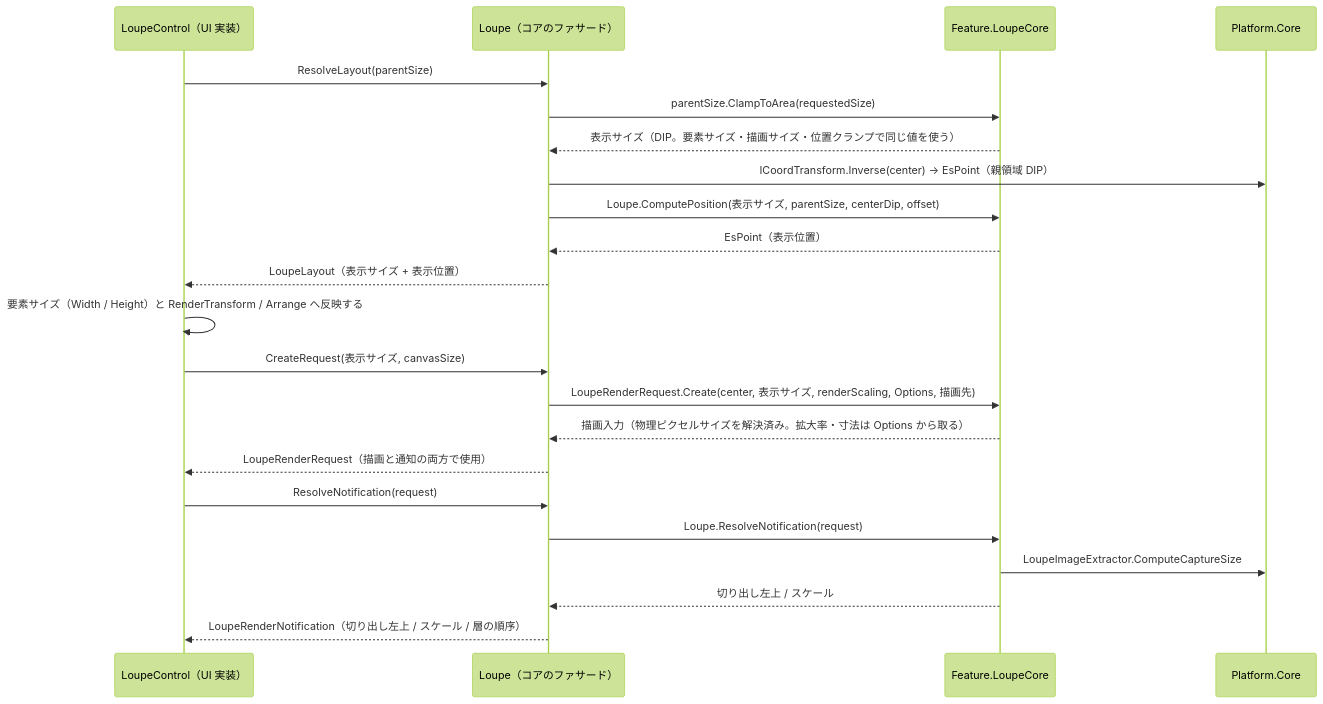
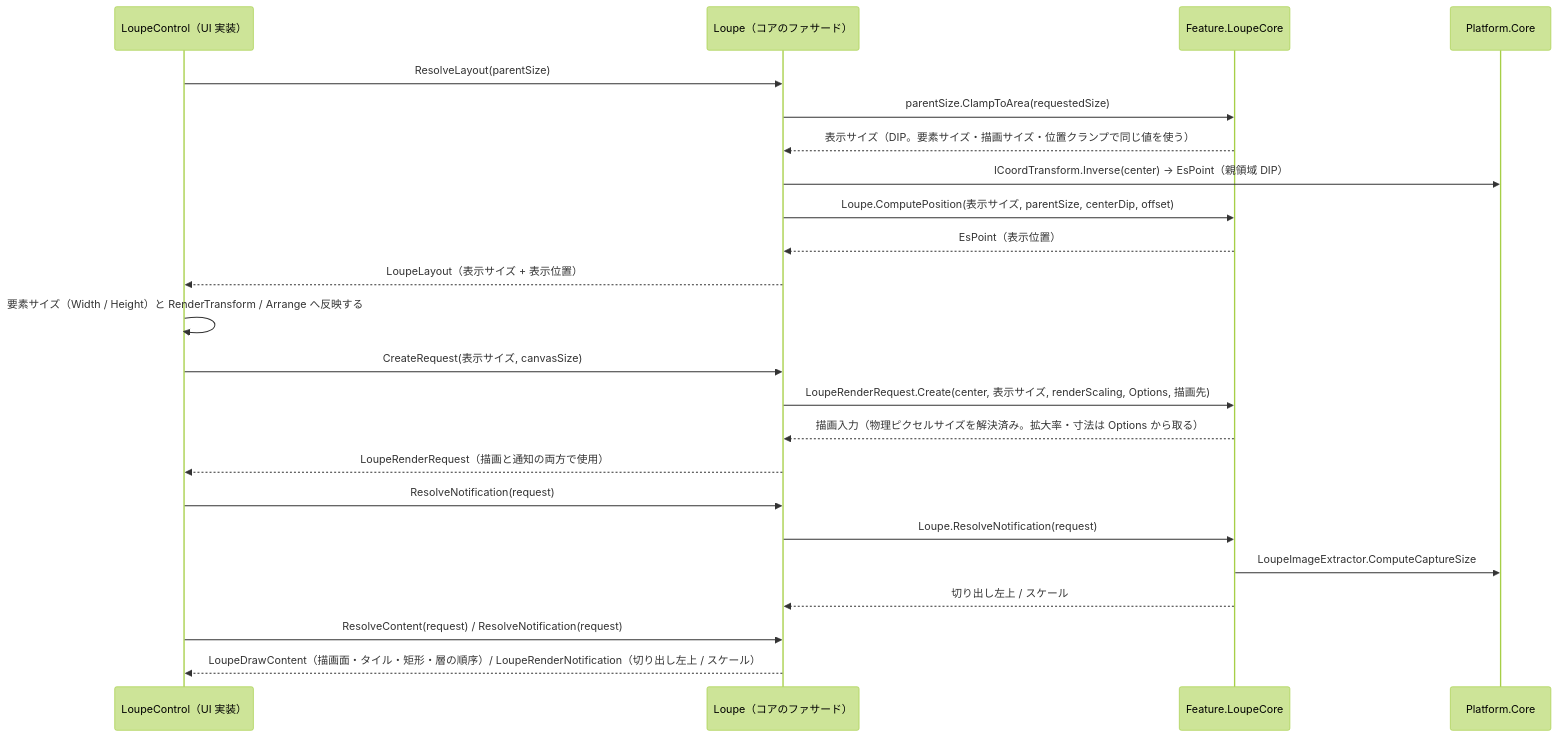
One commit to tomokuni/SaveEvidence changed the second of 2 diagrams in src/Feature.LoupeCore/SPEC_System.md. Above: the diagram before and after it, drawn with Mermaid (forest theme). The commit also changed other lines of this file and 72 other files, not shown here.

````diff
--- a/src/Feature.LoupeCore/SPEC_System.md
+++ b/src/Feature.LoupeCore/SPEC_System.md
@@ -57,27 +64,28 @@
 ```mermaid
 sequenceDiagram
   participant UI as LoupeControl（UI 実装）
   participant Fac as Loupe（コアのファサード）
   participant Core as Feature.LoupeCore
   participant PC as Platform.Core
 
   UI->>Fac: ResolveLayout(parentSize)
   Fac->>Core: parentSize.ClampToArea(requestedSize)
   Core-->>Fac: 表示サイズ（DIP。要素サイズ・描画サイズ・位置クランプで同じ値を使う）
   Fac->>PC: ICoordTransform.Inverse(center) → EsPoint（親領域 DIP）
   Fac->>Core: Loupe.ComputePosition(表示サイズ, parentSize, centerDip, offset)
   Core-->>Fac: EsPoint（表示位置）
   Fac-->>UI: LoupeLayout（表示サイズ + 表示位置）
   UI->>UI: 要素サイズ（Width / Height）と RenderTransform / Arrange へ反映する
 
   UI->>Fac: CreateRequest(表示サイズ, canvasSize)
   Fac->>Core: LoupeRenderRequest.Create(center, 表示サイズ, renderScaling, Options, 描画先)
   Core-->>Fac: 描画入力（物理ピクセルサイズを解決済み。拡大率・寸法は Options から取る）
   Fac-->>UI: LoupeRenderRequest（描画と通知の両方で使用）
 
   UI->>Fac: ResolveNotification(request)
   Fac->>Core: Loupe.ResolveNotification(request)
   Core->>PC: LoupeImageExtractor.ComputeCaptureSize
   Core-->>Fac: 切り出し左上 / スケール
-  Fac-->>UI: LoupeRenderNotification（切り出し左上 / スケール / 層の順序）
+  UI->>Fac: ResolveContent(request) / ResolveNotification(request)
+  Fac-->>UI: LoupeDrawContent（描画面・タイル・矩形・層の順序）/ LoupeRenderNotification（切り出し左上 / スケール）
 ```
````
